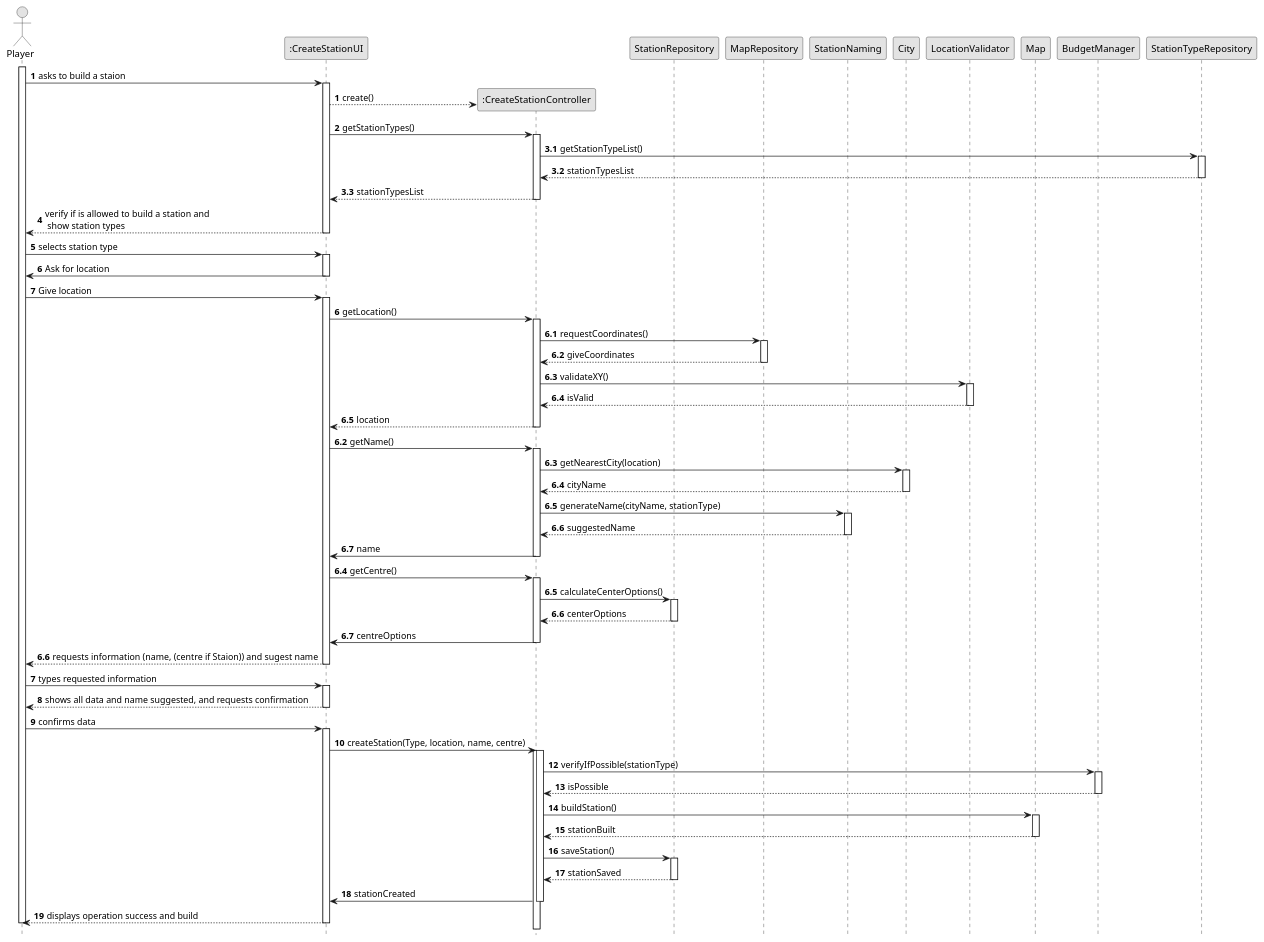
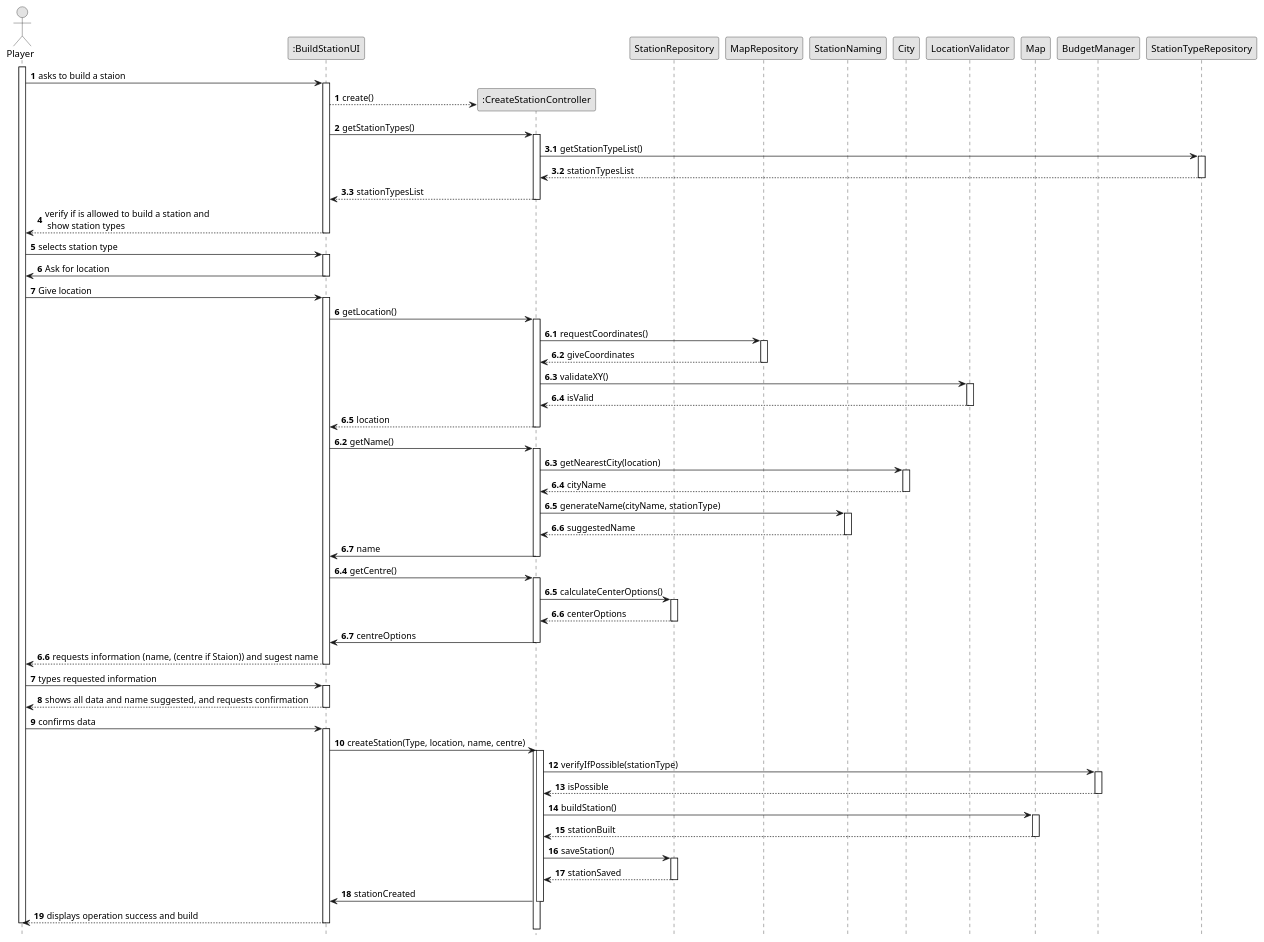
One commit to Andremonteiro1240850/railway_simulator changed the diagram in docs/system-documentation/US05/03.Design/puml/SSD-Full.puml. Above: the diagram before and after it, drawn with PlantUML. The commit also changed 11 other files, not shown here.

```diff
--- a/docs/system-documentation/US05/03.Design/puml/SSD-Full.puml
+++ b/docs/system-documentation/US05/03.Design/puml/SSD-Full.puml
@@ -1,157 +1,157 @@
 @startuml
 skinparam monochrome true
 skinparam packageStyle rectangle
 skinparam shadowing false
 
 autonumber
 
 hide footbox
 actor "Player" as ORG_EMPLOYEE
 
-participant ":CreateStationUI" as UI
+participant ":BuildStationUI" as UI
 participant ":CreateStationController" as CTRL
 participant "StationRepository" as REPOS
 participant "MapRepository" as MAP
 participant "LocationValidator" as VALID
 participant "StationNaming" as NAMING
 participant "City" as CITY
 participant "PositionValidator" as VALID
 participant "Map" as RAIL
 participant "BudgetManager" as BUDGET
 participant "StationTypeRepository" as REPOT
 
 activate ORG_EMPLOYEE
 
     ORG_EMPLOYEE -> UI : asks to build a staion
     autonumber 1
 
     activate UI
         UI --> CTRL** : create()
         autonumber 2
         UI -> CTRL : getStationTypes()
         autonumber 3
         autonumber 3.1
         activate CTRL
 
                     CTRL -> REPOT : getStationTypeList()
                     activate REPOT
                         REPOT --> CTRL: stationTypesList
                     deactivate REPOT
 
             CTRL --> UI : stationTypesList
             autonumber 4
         deactivate CTRL
         UI --> ORG_EMPLOYEE : verify if is allowed to build a station and\n show station types
         autonumber 5
     deactivate UI
 
     ORG_EMPLOYEE -> UI : selects station type
     activate UI
     UI -> ORG_EMPLOYEE : Ask for location
     deactivate UI
     ORG_EMPLOYEE -> UI : Give location
     autonumber 6
     activate UI
         UI -> CTRL : getLocation()
         autonumber 6.1
 
         activate CTRL
 
                 CTRL -> MAP : requestCoordinates()
                 activate MAP
                     MAP --> CTRL : giveCoordinates
                 deactivate MAP
 
                 CTRL -> VALID : validateXY()
                 activate VALID
                     VALID --> CTRL : isValid
                 deactivate VALID
 
             CTRL --> UI : location
             autonumber 6.2
         deactivate CTRL
 
         UI -> CTRL : getName()
         autonumber 6.3
 
         activate CTRL
 
                 CTRL -> CITY : getNearestCity(location)
                 activate CITY
                     CITY --> CTRL : cityName
                 deactivate CITY
 
                 CTRL -> NAMING : generateName(cityName, stationType)
                 activate NAMING
                     NAMING --> CTRL : suggestedName
                 deactivate NAMING
                 CTRL -> UI : name
 
             autonumber 6.4
 
         deactivate CTRL
 
         UI -> CTRL : getCentre()
         autonumber 6.5
 
         activate CTRL
 
                 CTRL -> REPOS : calculateCenterOptions()
                 activate REPOS
                     REPOS --> CTRL : centerOptions
                 deactivate REPOS
 
                 CTRL -> UI : centreOptions
 
             autonumber 6.6
 
         deactivate CTRL
 
         UI --> ORG_EMPLOYEE : requests information (name, (centre if Staion)) and sugest name
         autonumber 7
     deactivate UI
 
     ORG_EMPLOYEE -> UI : types requested information
 
     autonumber 8
     activate UI
         UI --> ORG_EMPLOYEE : shows all data and name suggested, and requests confirmation
         autonumber 9
     deactivate UI
 
     ORG_EMPLOYEE -> UI : confirms data
     autonumber 10
     activate UI
         UI -> CTRL : createStation(Type, location, name, centre)
         autonumber 11
         activate CTRL
 
             autonumber 12
 
             activate CTRL
 
                     CTRL -> BUDGET : verifyIfPossible(stationType)
                     activate BUDGET
                         BUDGET --> CTRL : isPossible
                     deactivate BUDGET
 
                     CTRL -> RAIL : buildStation()
                     activate RAIL
                         RAIL --> CTRL : stationBuilt
                         deactivate RAIL
                         CTRL -> REPOS : saveStation()
                         activate REPOS
                         REPOS --> CTRL: stationSaved
                         deactivate REPOS
                     deactivate RAIL
 
                 autonumber 18
                 CTRL -> UI : stationCreated
 
             deactivate CTRL
         UI --> ORG_EMPLOYEE: displays operation success and build
         autonumber 19
     deactivate UI
 
 deactivate ORG_EMPLOYEE
 @enduml
```
